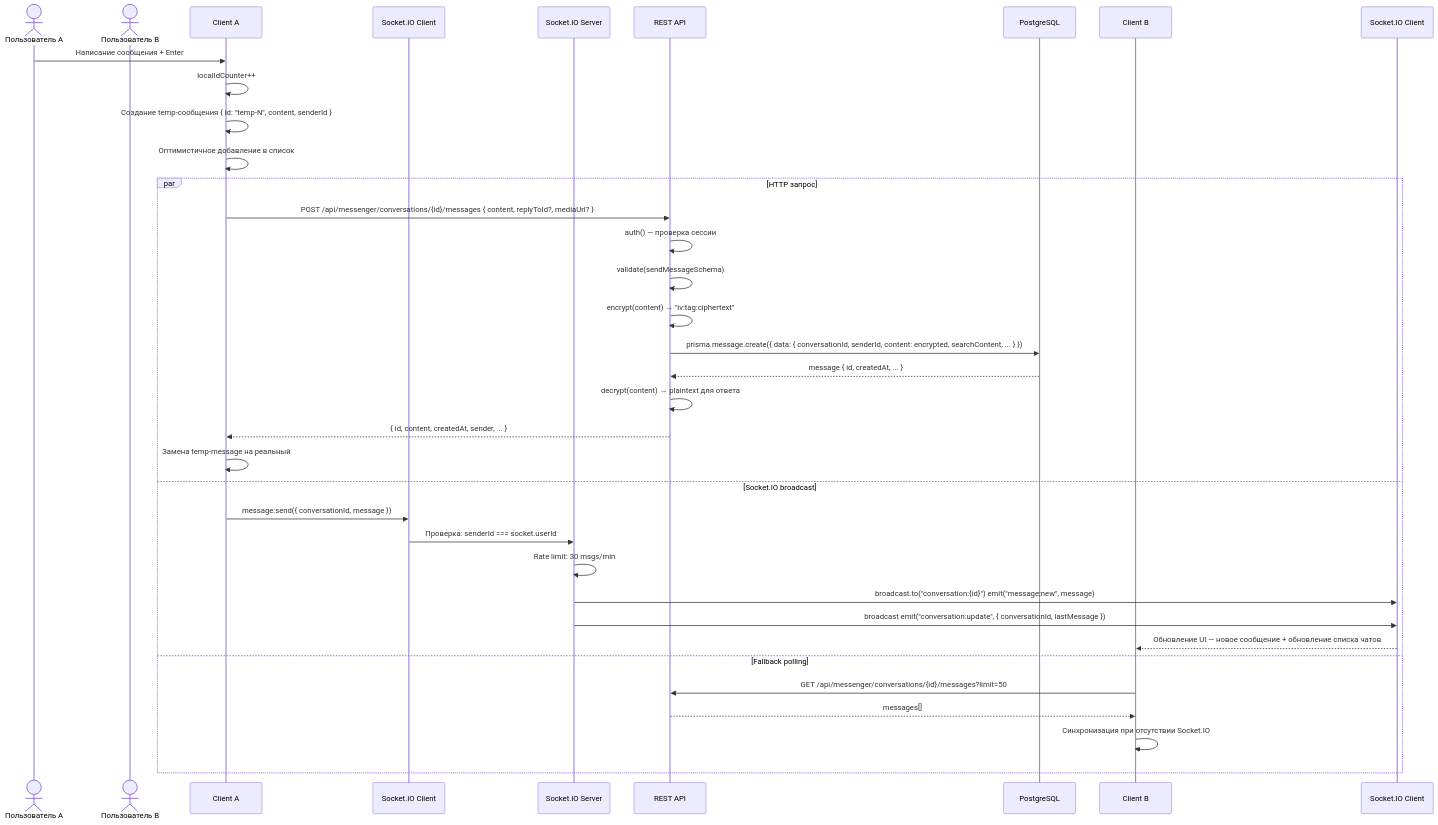
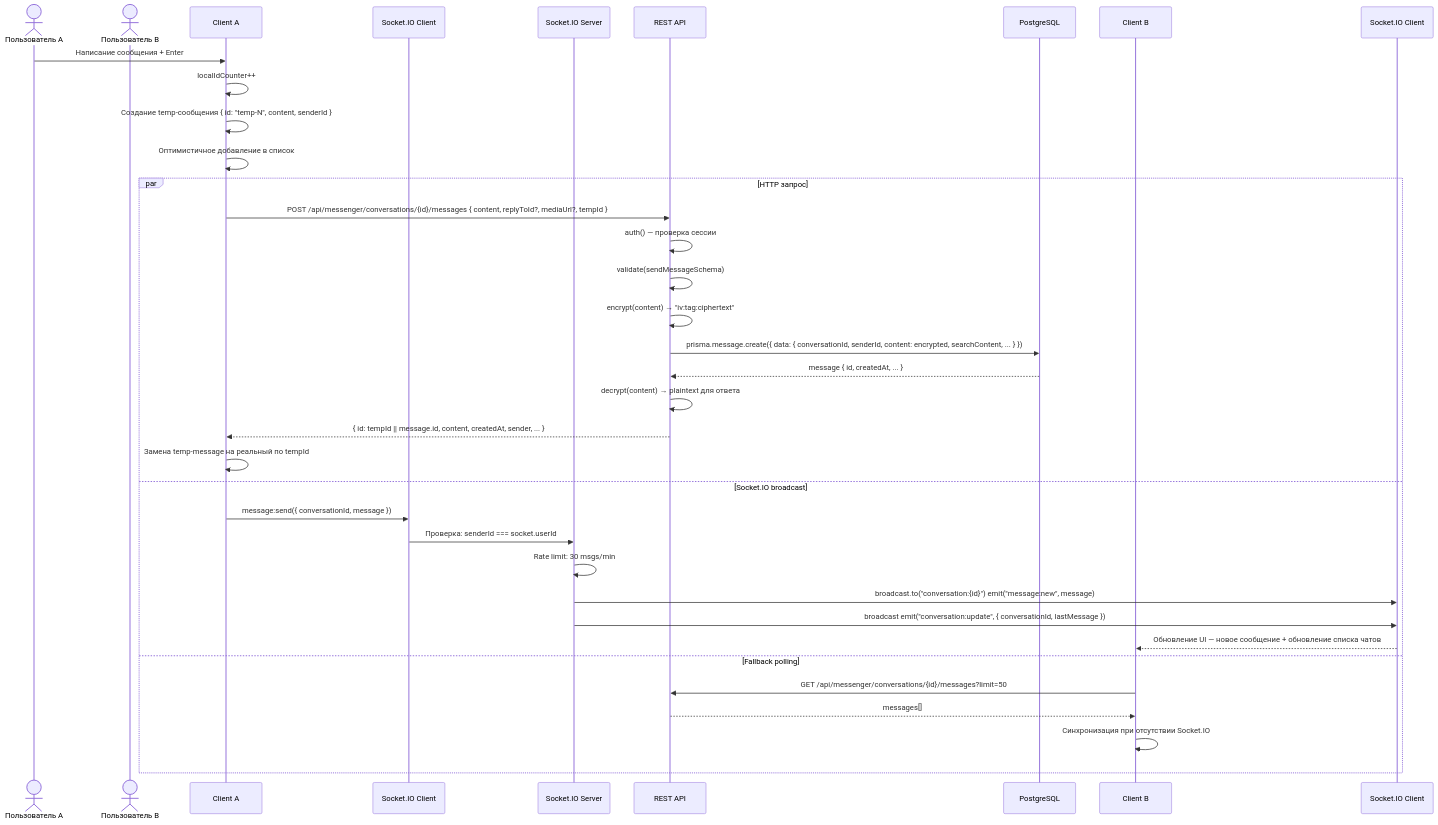
The seventh of 14 diagrams in docs/diagrams/uml-sequences.md (DenisDudyrew/testbuild), drawn with Mermaid before and after one commit. The commit also changed 8 other files, not shown here.

````diff
--- a/docs/diagrams/uml-sequences.md
+++ b/docs/diagrams/uml-sequences.md
@@ -215,41 +215,41 @@
 ```mermaid
 sequenceDiagram
     actor UserA as Пользователь A
     actor UserB as Пользователь B
     participant ClientA as Client A
     participant SocketA as Socket.IO Client
     participant Server as Socket.IO Server
     participant API as REST API
     participant DB as PostgreSQL
     participant ClientB as Client B
     participant SocketB as Socket.IO Client
 
     UserA->>ClientA: Написание сообщения + Enter
     
     ClientA->>ClientA: localIdCounter++
     ClientA->>ClientA: Создание temp-сообщения { id: "temp-N", content, senderId }
     ClientA->>ClientA: Оптимистичное добавление в список
     
     par HTTP запрос
-        ClientA->>API: POST /api/messenger/conversations/{id}/messages { content, replyToId?, mediaUrl? }
+        ClientA->>API: POST /api/messenger/conversations/{id}/messages { content, replyToId?, mediaUrl?, tempId }
         API->>API: auth() — проверка сессии
         API->>API: validate(sendMessageSchema)
         API->>API: encrypt(content) → "iv:tag:ciphertext"
         API->>DB: prisma.message.create({ data: { conversationId, senderId, content: encrypted, searchContent, ... } })
         DB-->>API: message { id, createdAt, ... }
         API->>API: decrypt(content) → plaintext для ответа
-        API-->>ClientA: { id, content, createdAt, sender, ... }
-        ClientA->>ClientA: Замена temp-message на реальный
+        API-->>ClientA: { id: tempId || message.id, content, createdAt, sender, ... }
+        ClientA->>ClientA: Замена temp-message на реальный по tempId
     and Socket.IO broadcast
         ClientA->>SocketA: message:send({ conversationId, message })
         SocketA->>Server: Проверка: senderId === socket.userId
         Server->>Server: Rate limit: 30 msgs/min
         Server->>SocketB: broadcast.to("conversation:{id}") emit("message:new", message)
         Server->>SocketB: broadcast emit("conversation:update", { conversationId, lastMessage })
         SocketB-->>ClientB: Обновление UI — новое сообщение + обновление списка чатов
     and Fallback polling
         ClientB->>API: GET /api/messenger/conversations/{id}/messages?limit=50
         API-->>ClientB: messages[]
         ClientB->>ClientB: Синхронизация при отсутствии Socket.IO
     end
 ```
````
